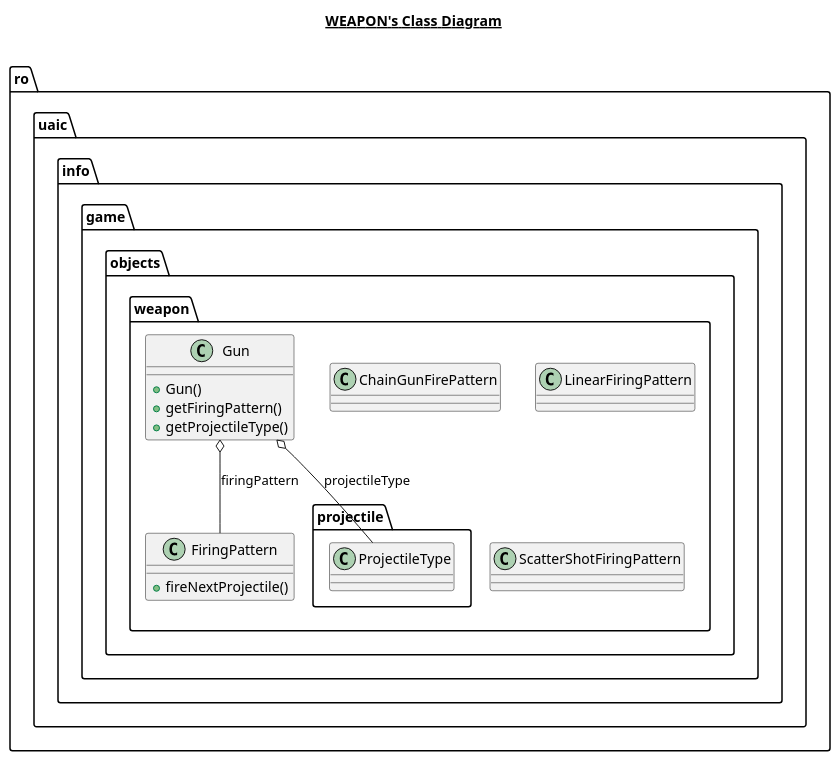
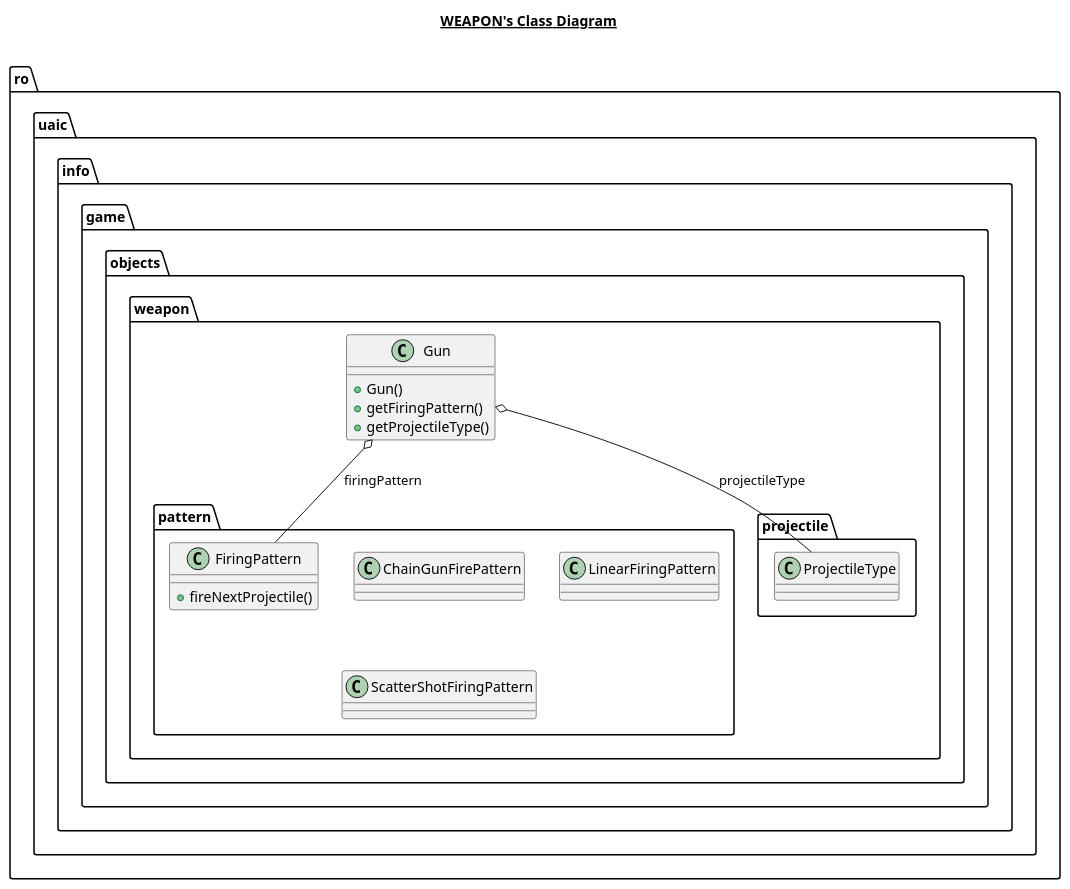
Before and after one commit to anaidde/VladianaInvaders: the diagram in resources/UML/ro.uaic.info/game/objects/weapon/weapon.plantuml, drawn with PlantUML. The commit also changed 27 other files, not shown here.

```diff
--- a/resources/UML/ro.uaic.info/game/objects/weapon/weapon.plantuml
+++ b/resources/UML/ro.uaic.info/game/objects/weapon/weapon.plantuml
@@ -1,43 +1,43 @@
 @startuml
 
 title __WEAPON's Class Diagram__\n
 
   namespace ro.uaic.info.game.objects.weapon {
-    class ro.uaic.info.game.objects.weapon.ChainGunFirePattern {
+    class ro.uaic.info.game.objects.weapon.pattern.ChainGunFirePattern {
     }
   }
   
 
   namespace ro.uaic.info.game.objects.weapon {
-    class ro.uaic.info.game.objects.weapon.FiringPattern {
+    class ro.uaic.info.game.objects.weapon.pattern.FiringPattern {
         + fireNextProjectile()
     }
   }
   
 
   namespace ro.uaic.info.game.objects.weapon {
     class ro.uaic.info.game.objects.weapon.Gun {
         + Gun()
         + getFiringPattern()
         + getProjectileType()
     }
   }
   
 
   namespace ro.uaic.info.game.objects.weapon {
-    class ro.uaic.info.game.objects.weapon.LinearFiringPattern {
+    class ro.uaic.info.game.objects.weapon.pattern.LinearFiringPattern {
     }
   }
   
 
   namespace ro.uaic.info.game.objects.weapon {
-    class ro.uaic.info.game.objects.weapon.ScatterShotFiringPattern {
+    class ro.uaic.info.game.objects.weapon.pattern.ScatterShotFiringPattern {
     }
   }
   
 
-  ro.uaic.info.game.objects.weapon.Gun o-- ro.uaic.info.game.objects.weapon.FiringPattern : firingPattern
+  ro.uaic.info.game.objects.weapon.Gun o-- ro.uaic.info.game.objects.weapon.pattern.FiringPattern : firingPattern
   ro.uaic.info.game.objects.weapon.Gun o-- ro.uaic.info.game.objects.weapon.projectile.ProjectileType : projectileType
 
 
 @enduml
```
